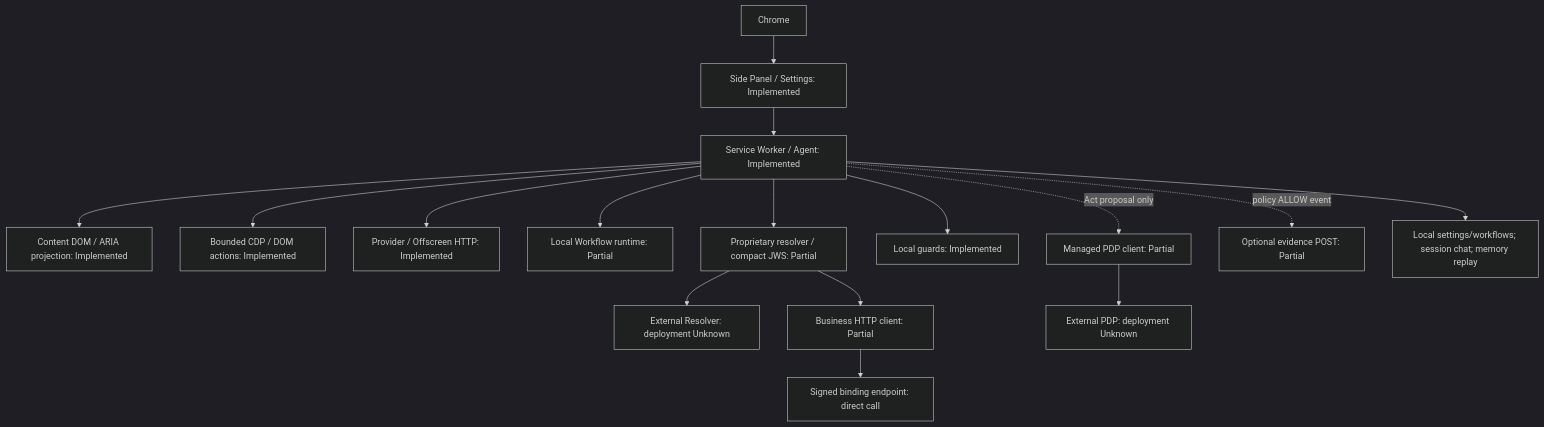
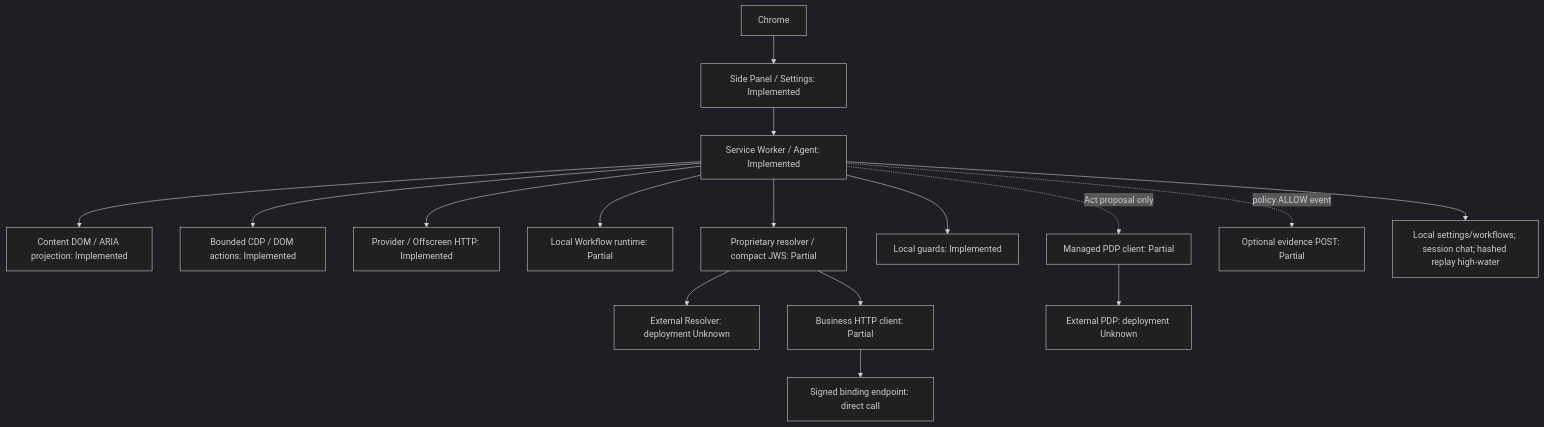
One commit to heungtae/ewap-browser changed the first of 2 diagrams in docs/platform-alignment.md. Above: the diagram before and after it, drawn with Mermaid (dark theme). The commit also changed other lines of this file and 19 other files, not shown here.

Commit message:
feat(profile): persist local replay high-water

````diff
--- a/docs/platform-alignment.md
+++ b/docs/platform-alignment.md
@@ -50,18 +55,18 @@
 ```mermaid
 flowchart TD
   Chrome[Chrome] --> UI[Side Panel / Settings: Implemented]
   UI --> SW[Service Worker / Agent: Implemented]
   SW --> DOM[Content DOM / ARIA projection: Implemented]
   SW --> CDP[Bounded CDP / DOM actions: Implemented]
   SW --> LLM[Provider / Offscreen HTTP: Implemented]
   SW --> WR[Local Workflow runtime: Partial]
   SW --> PR[Proprietary resolver / compact JWS: Partial]
   PR --> RP[External Resolver: deployment Unknown]
   PR --> MC[Business HTTP client: Partial]
   MC --> EP[Signed binding endpoint: direct call]
   SW --> LP[Local guards: Implemented]
   SW -. Act proposal only .-> PDP[Managed PDP client: Partial]
   PDP --> PE[External PDP: deployment Unknown]
   SW -. policy ALLOW event .-> AUD[Optional evidence POST: Partial]
-  SW --> ST[Local settings/workflows; session chat; memory replay]
+  SW --> ST[Local settings/workflows; session chat; hashed replay high-water]
 ```
````
